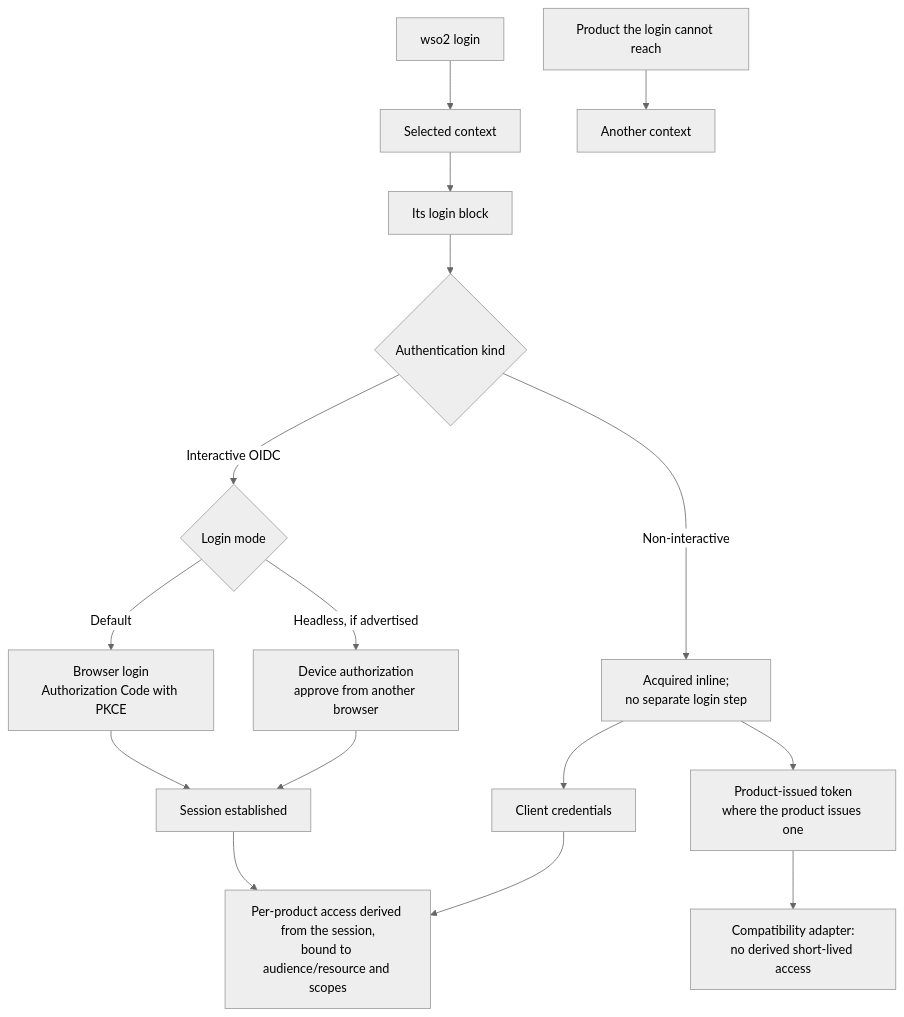
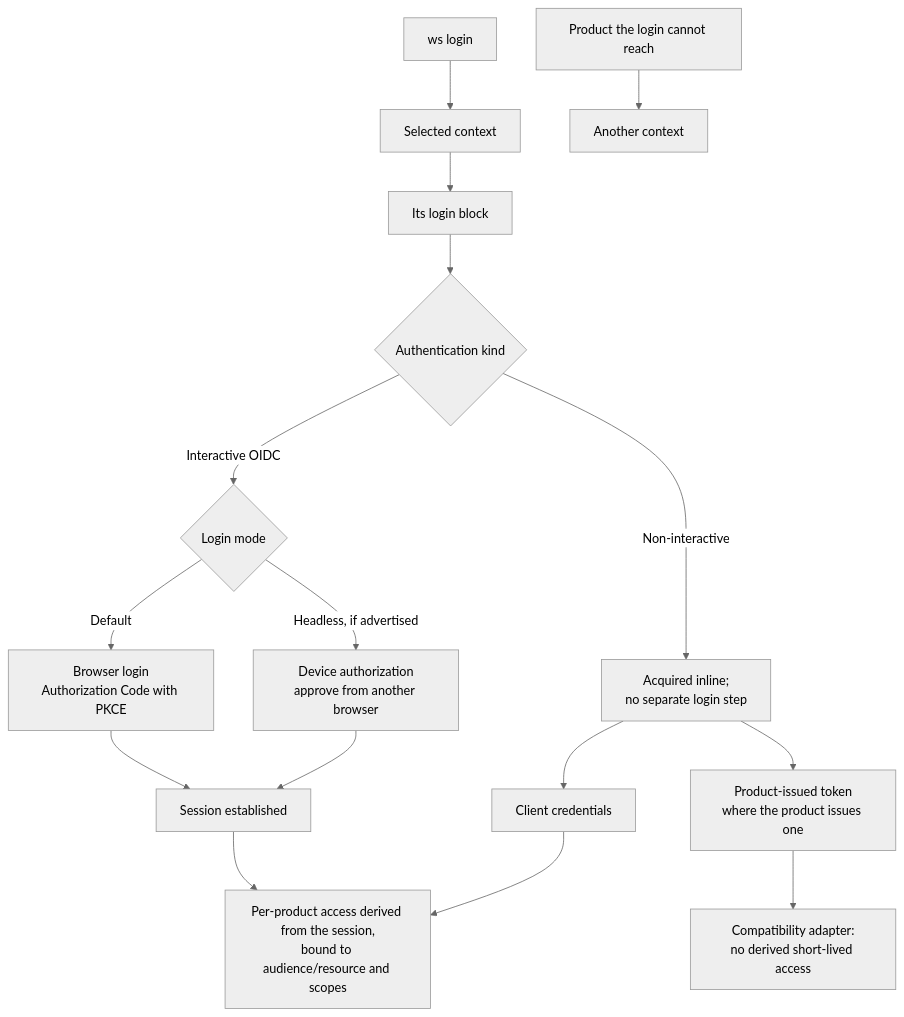
One commit to kanushka/wso2-cli changed the diagram in docs/product-requirements.md. Above: the diagram before and after it, drawn with Mermaid (neutral theme). The commit also changed other lines of this file and 16 other files, not shown here.

````diff
--- a/docs/product-requirements.md
+++ b/docs/product-requirements.md
@@ -224,23 +224,23 @@
 ```mermaid
 flowchart TD
-    L["wso2 login"] --> S["Selected context"]
+    L["ws login"] --> S["Selected context"]
     S --> I["Its login block"]
     I --> K{"Authentication kind"}
 
     K -->|Interactive OIDC| M{"Login mode"}
     M -->|Default| B["Browser login<br/>Authorization Code with PKCE"]
     M -->|Headless, if advertised| D["Device authorization<br/>approve from another browser"]
 
     K -->|Non-interactive| N["Acquired inline;<br/>no separate login step"]
     N --> CC["Client credentials"]
     N --> P["Product-issued token<br/>where the product issues one"]
 
     B --> T["Session established"]
     D --> T
     T --> X["Per-product access derived from the session,<br/>bound to audience/resource and scopes"]
     CC --> X
 
     P --> A["Compatibility adapter:<br/>no derived short-lived access"]
 
     R["Product the login cannot reach"] --> Y["Another context"]
 ```
````
